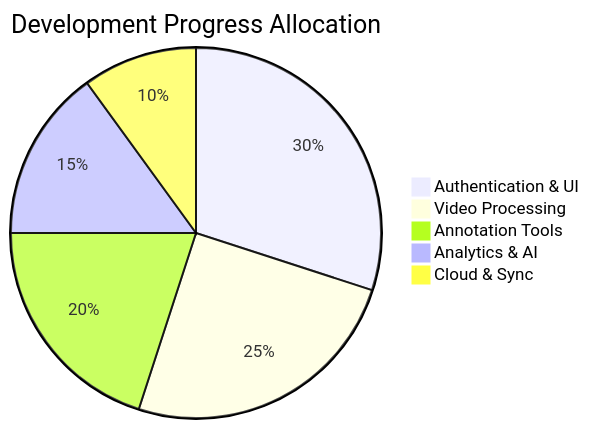
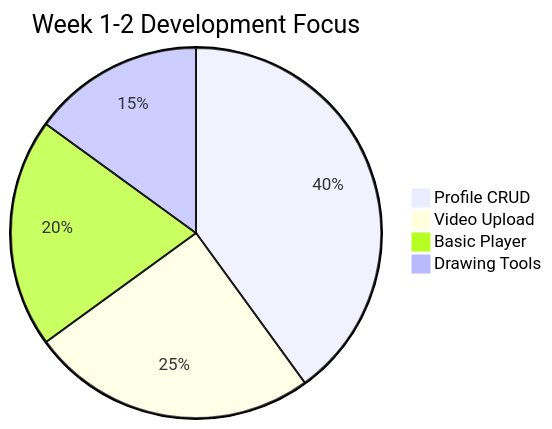
One commit to rajpatel8/WicketWise changed the sixth of 6 diagrams in Diagram.md. Above: the diagram before and after it, drawn with Mermaid. The commit also changed other lines of this file, not shown here.

````diff
--- a/Diagram.md
+++ b/Diagram.md
@@ -289,8 +192,7 @@
 ```mermaid
-pie title Development Progress Allocation
-    "Authentication & UI" : 30
-    "Video Processing" : 25
-    "Annotation Tools" : 20
-    "Analytics & AI" : 15
-    "Cloud & Sync" : 10
+pie title Week 1-2 Development Focus
+    "Profile CRUD" : 40
+    "Video Upload" : 25
+    "Basic Player" : 20
+    "Drawing Tools" : 15
 ```
````
